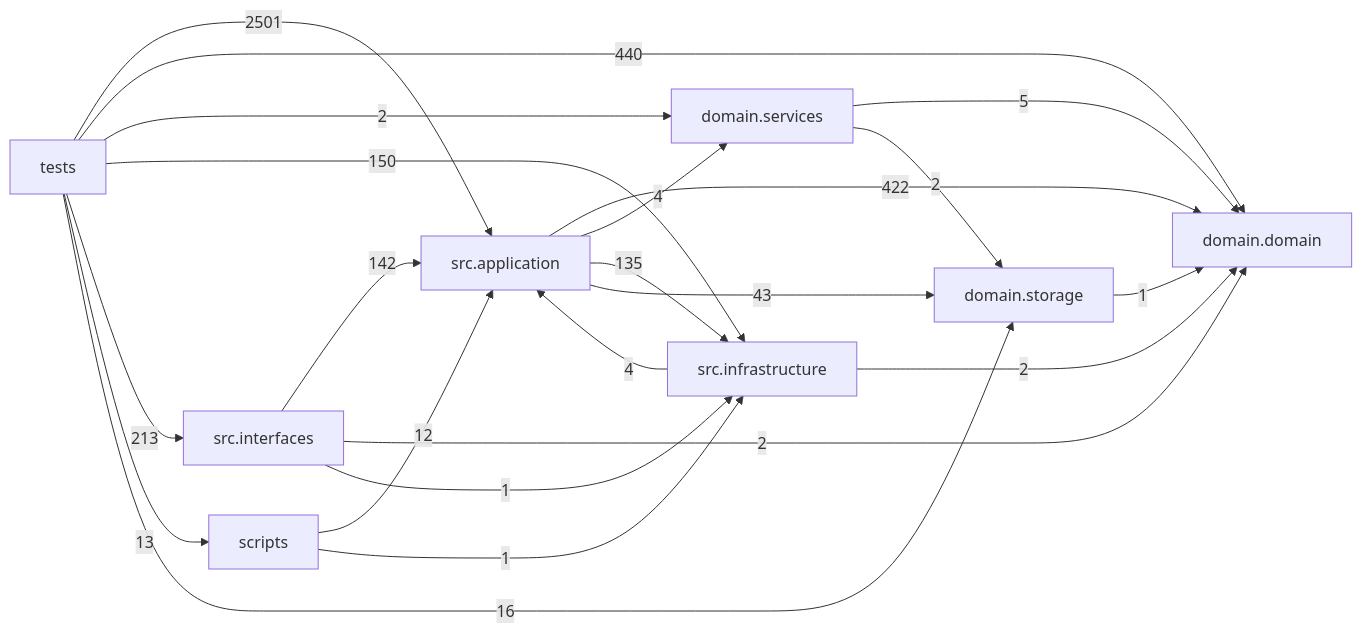
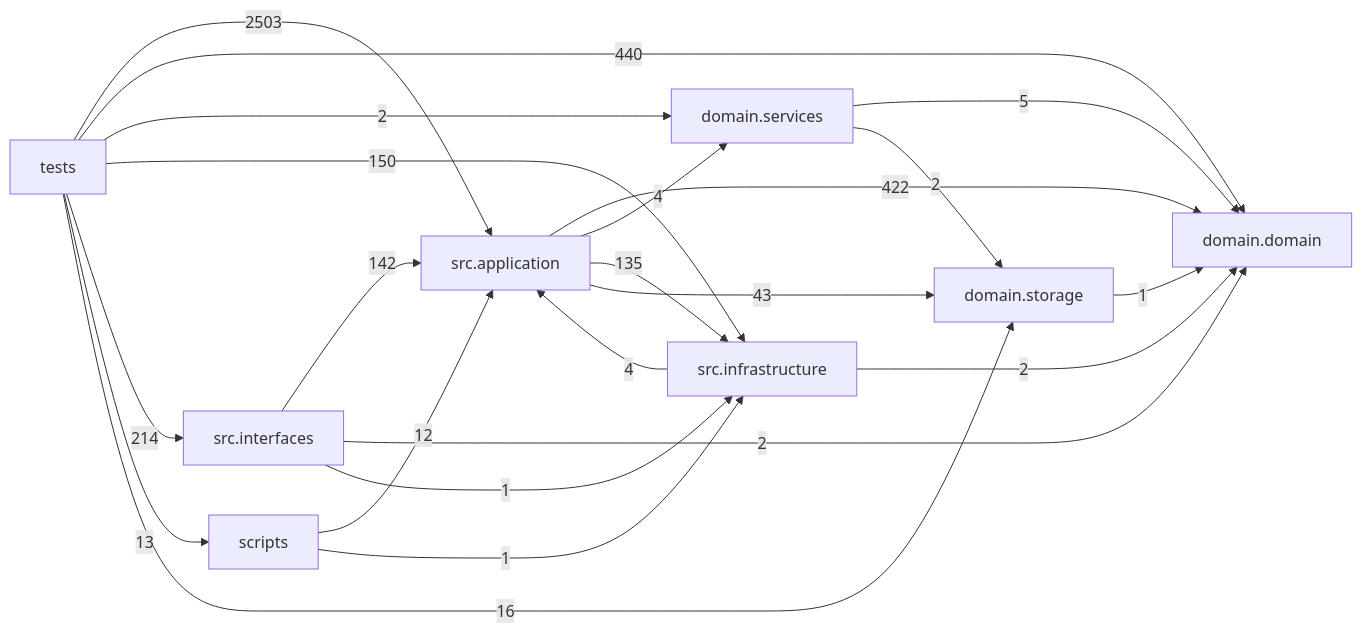
The diagram in docs/DEPENDENCY_GRAPH.md (liuxie066/options-monitor), drawn with Mermaid before and after one commit. The commit also changed other lines of this file and 7 other files, not shown here.

````diff
--- a/docs/DEPENDENCY_GRAPH.md
+++ b/docs/DEPENDENCY_GRAPH.md
@@ -24,32 +24,32 @@
 ```mermaid
 flowchart LR
   tests["tests"]
   scripts["scripts"]
   interfaces["src.interfaces"]
   application["src.application"]
   infrastructure["src.infrastructure"]
   domain_services["domain.services"]
   domain["domain.domain"]
   storage["domain.storage"]
   application -->|422| domain
   application -->|4| domain_services
   application -->|135| infrastructure
   application -->|43| storage
   domain_services -->|5| domain
   domain_services -->|2| storage
   infrastructure -->|4| application
   infrastructure -->|2| domain
   interfaces -->|142| application
   interfaces -->|2| domain
   interfaces -->|1| infrastructure
   scripts -->|12| application
   scripts -->|1| infrastructure
   storage -->|1| domain
-  tests -->|2501| application
+  tests -->|2503| application
   tests -->|440| domain
   tests -->|2| domain_services
   tests -->|150| infrastructure
-  tests -->|213| interfaces
+  tests -->|214| interfaces
   tests -->|13| scripts
   tests -->|16| storage
 ```
````
